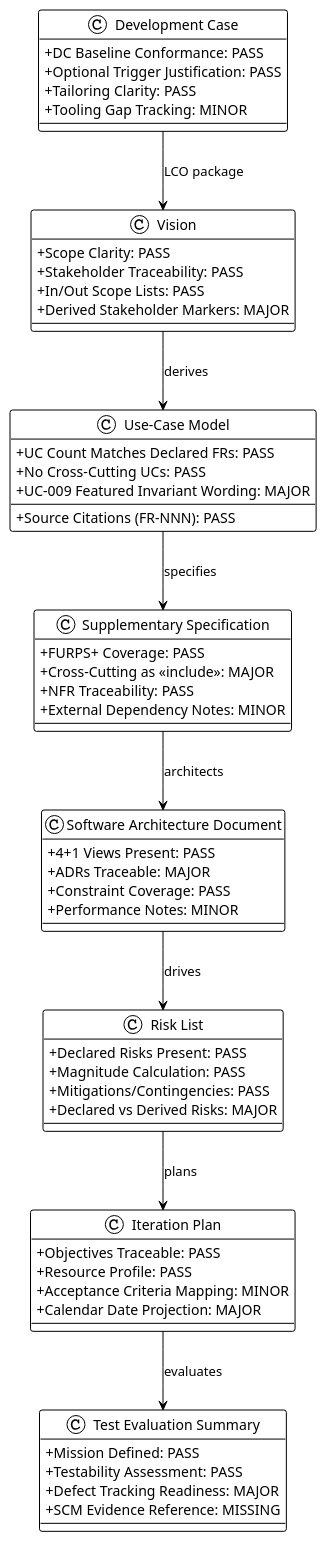
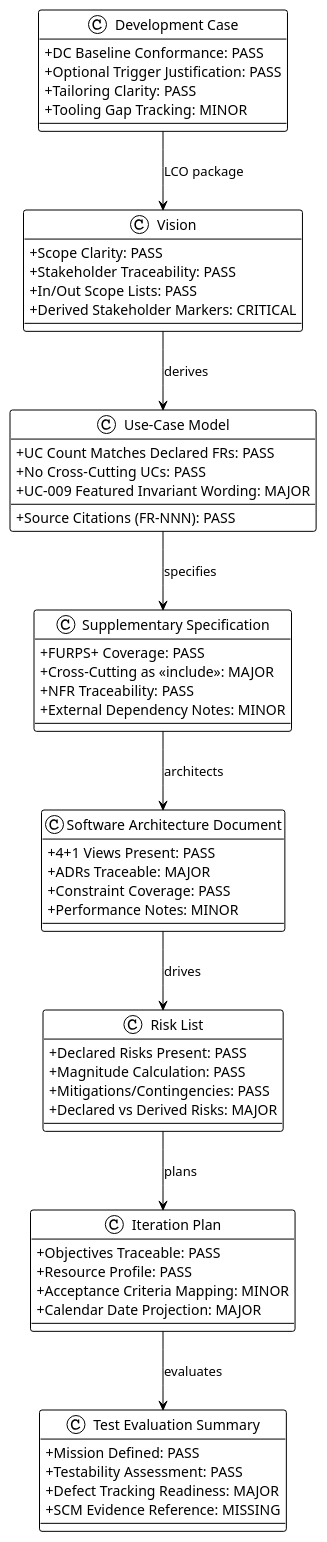
One commit to banense-test/portal changed the first of 2 diagrams in docs/artifacts/project-management/review-record.md. Above: the diagram before and after it, drawn with PlantUML. The commit also changed other lines of this file, not shown here.

First line of the commit message:
Reviewer [I1]: upsert Review Record

````diff
--- a/docs/artifacts/project-management/review-record.md
+++ b/docs/artifacts/project-management/review-record.md
@@ -46,70 +46,70 @@
 ```plantuml
-@startuml Portal_Review_Compliance_Matrix
+@startuml Portal_Review_Compliance_Matrix_v2
 !theme plain
 skinparam classAttributeIconSize 0
 
 class "Development Case" as DC {
   + DC Baseline Conformance: PASS
   + Optional Trigger Justification: PASS
   + Tailoring Clarity: PASS
   + Tooling Gap Tracking: MINOR
 }
 
 class "Vision" as VISION {
   + Scope Clarity: PASS
   + Stakeholder Traceability: PASS
   + In/Out Scope Lists: PASS
-  + Derived Stakeholder Markers: MAJOR
+  + Derived Stakeholder Markers: CRITICAL
 }
 
 class "Use-Case Model" as UCM {
   + UC Count Matches Declared FRs: PASS
   + No Cross-Cutting UCs: PASS
   + Source Citations (FR-NNN): PASS
   + UC-009 Featured Invariant Wording: MAJOR
 }
 
 class "Supplementary Specification" as SUPP {
   + FURPS+ Coverage: PASS
   + Cross-Cutting as <<include>>: MAJOR
   + NFR Traceability: PASS
   + External Dependency Notes: MINOR
 }
 
 class "Risk List" as RISK {
   + Declared Risks Present: PASS
   + Magnitude Calculation: PASS
   + Mitigations/Contingencies: PASS
   + Declared vs Derived Risks: MAJOR
 }
 
 class "Iteration Plan" as PLAN {
   + Objectives Traceable: PASS
   + Resource Profile: PASS
   + Acceptance Criteria Mapping: MINOR
   + Calendar Date Projection: MAJOR
 }
 
 class "Software Architecture Document" as SAD {
   + 4+1 Views Present: PASS
   + ADRs Traceable: MAJOR
   + Constraint Coverage: PASS
   + Performance Notes: MINOR
 }
 
 class "Test Evaluation Summary" as TES {
   + Mission Defined: PASS
   + Testability Assessment: PASS
   + Defect Tracking Readiness: MAJOR
   + SCM Evidence Reference: MISSING
 }
 
 DC --> VISION : LCO package
 VISION --> UCM : derives
 UCM --> SUPP : specifies
 SUPP --> SAD : architects
 SAD --> RISK : drives
 RISK --> PLAN : plans
 PLAN --> TES : evaluates
 @enduml
 ```
````
